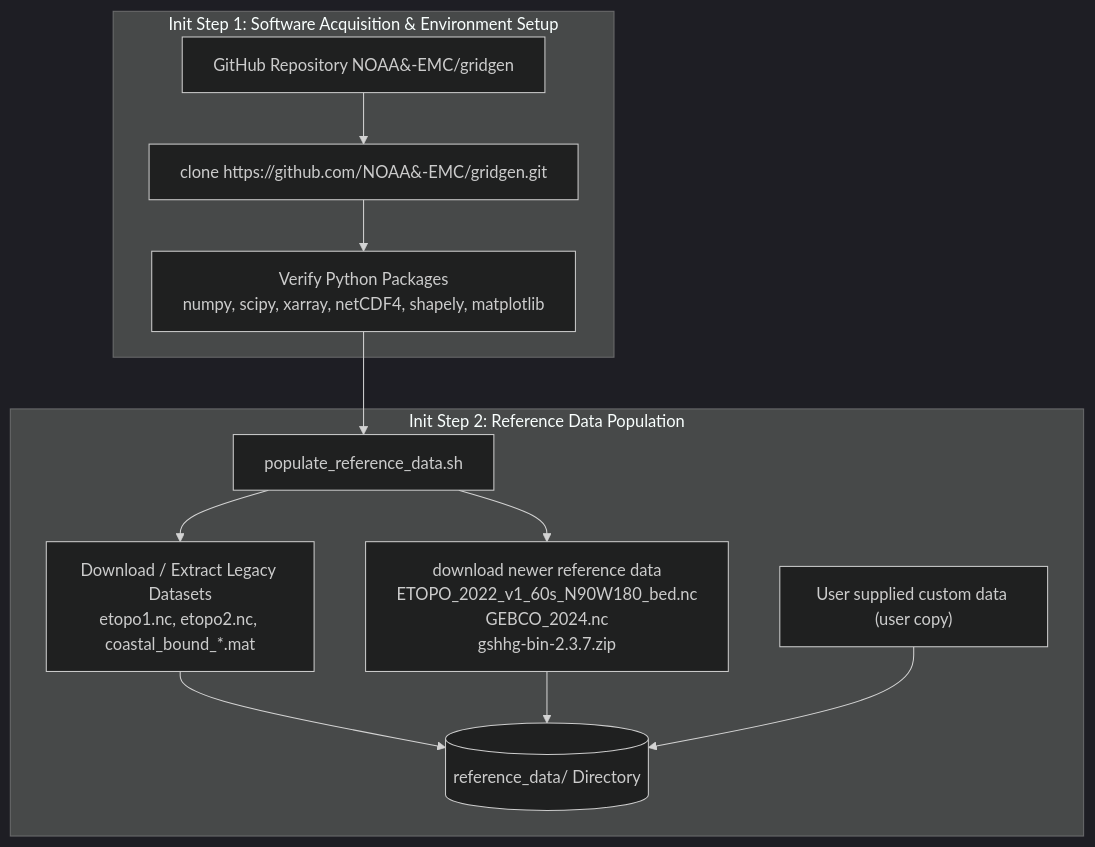
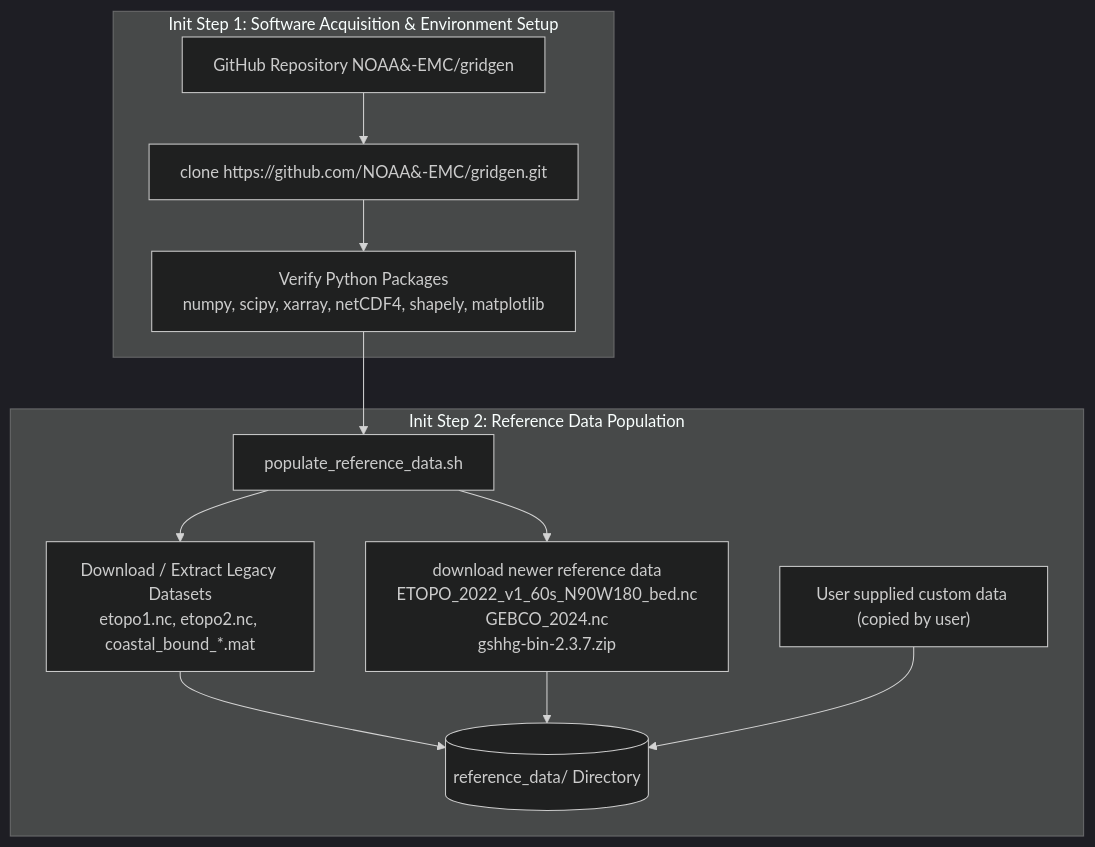
Before and after one commit to HendrikTolman-NOAA/gridgen: the first of 2 diagrams in ARCHITECTURE.md, drawn with Mermaid (dark theme).

Commit message:
Clarify user data description in architecture document
Minor edit

````diff
--- a/ARCHITECTURE.md
+++ b/ARCHITECTURE.md
@@ -25,19 +25,19 @@
 ```mermaid
 flowchart TD
     subgraph Init Step 1: Software Acquisition & Environment Setup
         A0["GitHub&nbsp;Repository&nbsp;NOAA&#8209;EMC/gridgen"] --> A1["clone&nbsp;https://github.com/NOAA&#8209;EMC/gridgen.git"]
         A1 --> A2["Verify&nbsp;Python&nbsp;Packages<br/>numpy,&nbsp;scipy,&nbsp;xarray,&nbsp;netCDF4,&nbsp;shapely,&nbsp;matplotlib"]
     end
 
     subgraph Init Step 2: Reference Data Population
         B[populate_reference_data.sh]
         B --> C1["Download / Extract Legacy Datasets<br/>etopo1.nc, etopo2.nc, coastal_bound_*.mat"]
         B --> C2["download newer reference data<br/>ETOPO_2022_v1_60s_N90W180_bed.nc<br/>GEBCO_2024.nc<br/>gshhg-bin-2.3.7.zip"]
-        C3["User supplied custom data (user copy)"]
+        C3["User supplied custom data (copied by user)"]
         C1 --> D[(reference_data/ Directory)]
         C2 --> D
         C3 --> D
     end
 
     A2 --> B
 ```
````
